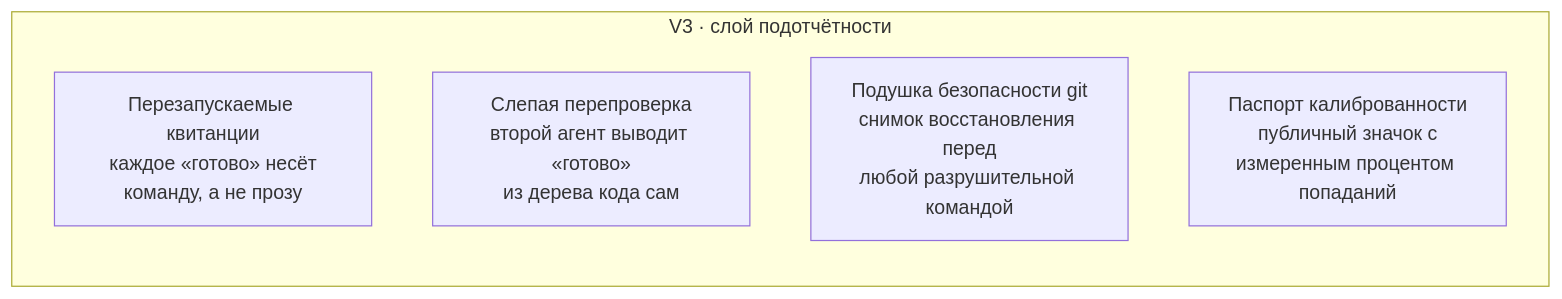
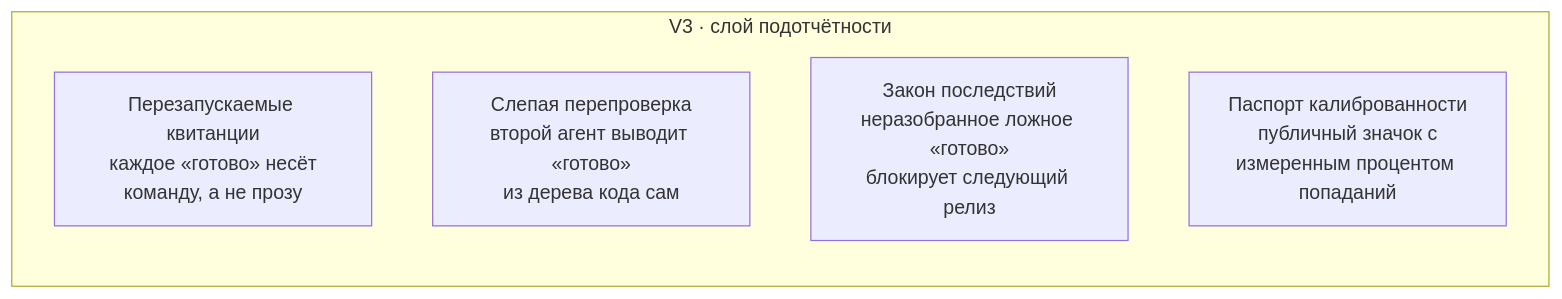
Before and after one commit to sma-framework/sma: the seventh of 7 diagrams in README.ru.md, drawn with Mermaid. The commit also changed other lines of this file and 1 other file, not shown here.

First line of the commit message:
docs(49.2): demote the git airbag out of the V3 headline (gap F, D-49.2-05)

````diff
--- a/README.ru.md
+++ b/README.ru.md
@@ -416,9 +416,9 @@
 ```mermaid
 flowchart LR
     subgraph V3["V3 · слой подотчётности"]
         R["Перезапускаемые квитанции<br>каждое «готово» несёт<br>команду, а не прозу"]
         B["Слепая перепроверка<br>второй агент выводит «готово»<br>из дерева кода сам"]
-        G["Подушка безопасности git<br>снимок восстановления перед<br>любой разрушительной командой"]
+        C["Закон последствий<br>неразобранное ложное «готово»<br>блокирует следующий релиз"]
         P["Паспорт калиброванности<br>публичный значок с<br>измеренным процентом попаданий"]
     end
 ```
````
